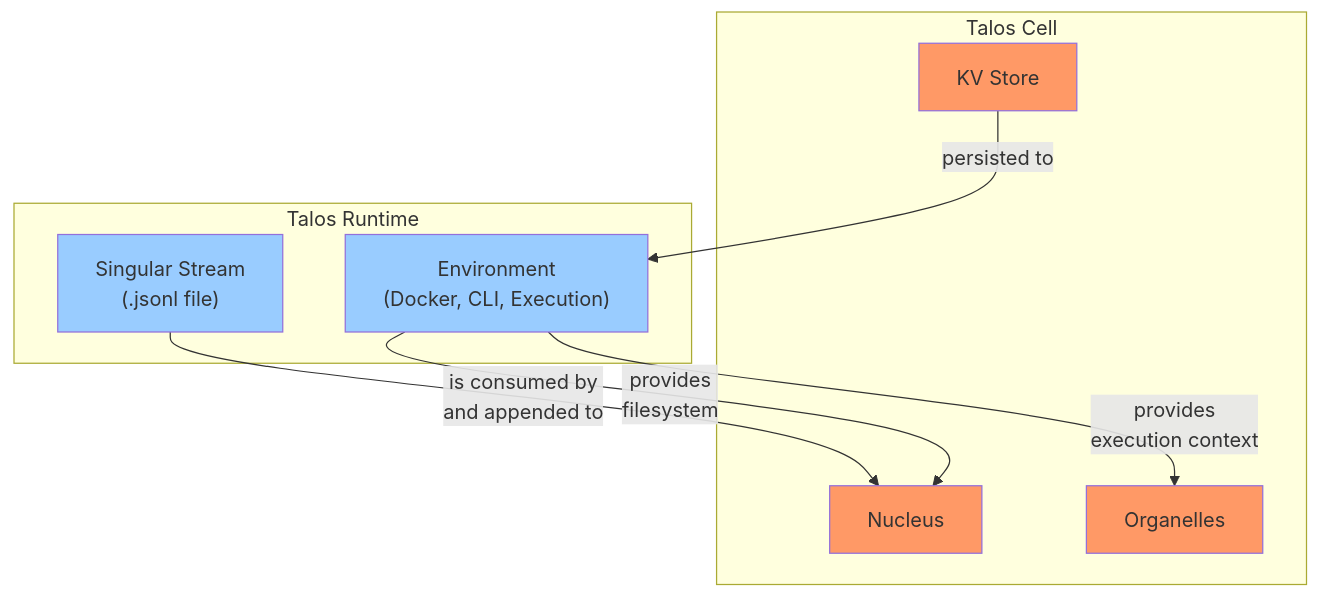
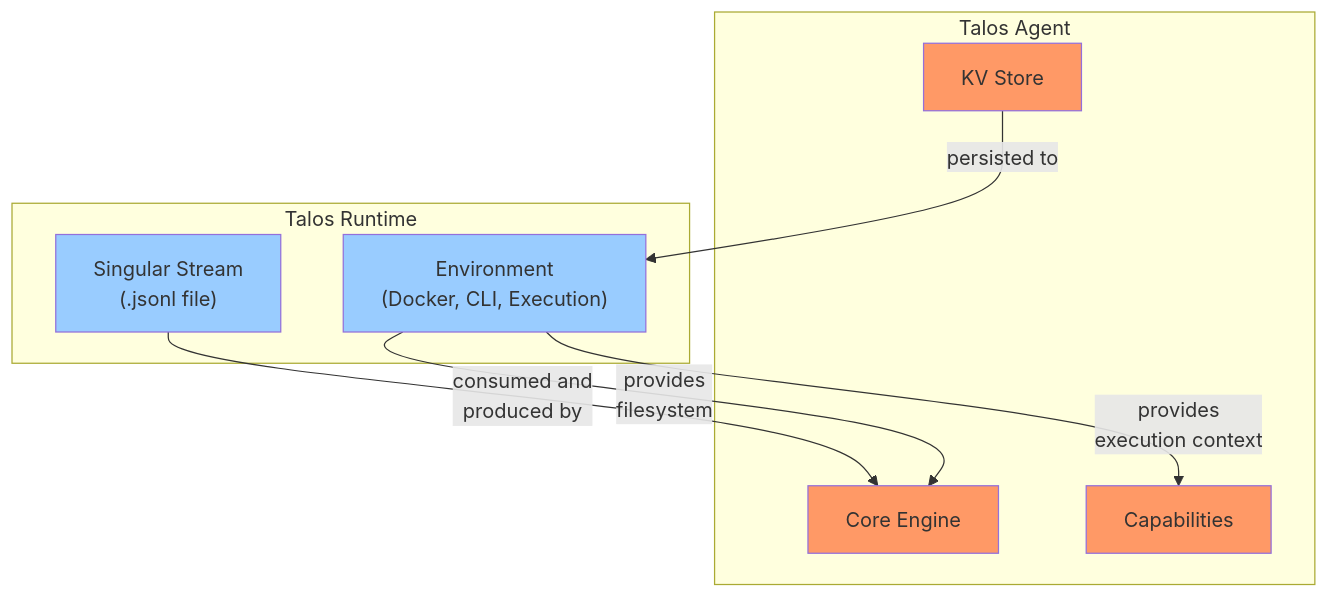
The eighth of 8 diagrams in docs/ARCHITECTURE.md (Redna/talos_runtime), drawn with Mermaid before and after one commit. The commit also changed other lines of this file, not shown here.

Commit message:
Rewrite architecture doc: formal style, reduced biological references

````diff
--- a/docs/ARCHITECTURE.md
+++ b/docs/ARCHITECTURE.md
@@ -244,24 +234,24 @@
 ```mermaid
 graph TB
     subgraph "Talos Runtime"
         E["Environment<br/>(Docker, CLI, Execution)"]
         S["Singular Stream<br/>(.jsonl file)"]
     end
     
-    subgraph "Talos Cell"
-        N["Nucleus"]
-        O["Organelles"]
+    subgraph "Talos Agent"
+        C["Core Engine"]
+        M["Capabilities"]
         K["KV Store"]
     end
     
-    E -->|"provides<br/>filesystem"| N
-    E -->|"provides<br/>execution context"| O
-    S -->|"is consumed by<br/>and appended to"| N
+    E -->|"provides<br/>filesystem"| C
+    E -->|"provides<br/>execution context"| M
+    S -->|"consumed and<br/>produced by"| C
     K -->|"persisted to"| E
     
-    style N fill:#f96
-    style O fill:#f96
+    style C fill:#f96
+    style M fill:#f96
     style K fill:#f96
     style E fill:#9cf
     style S fill:#9cf
 ```
````
